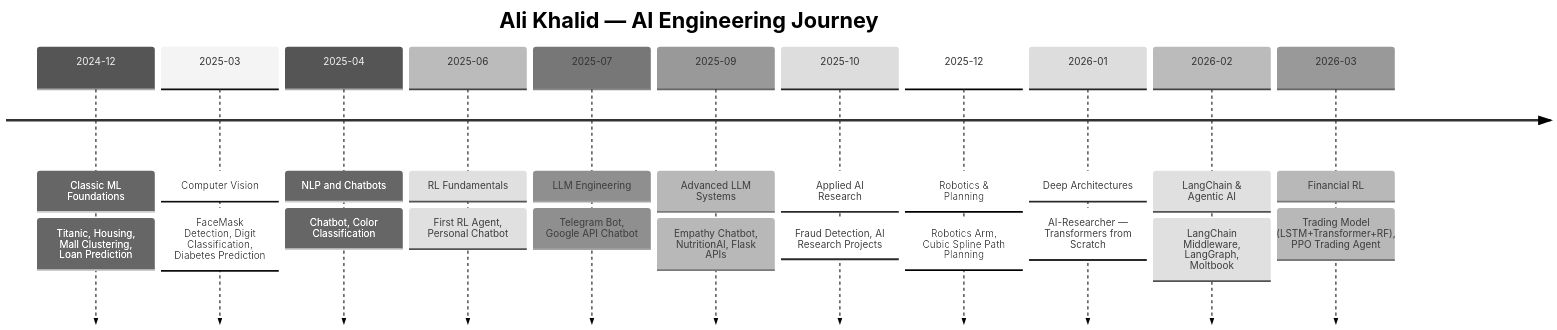
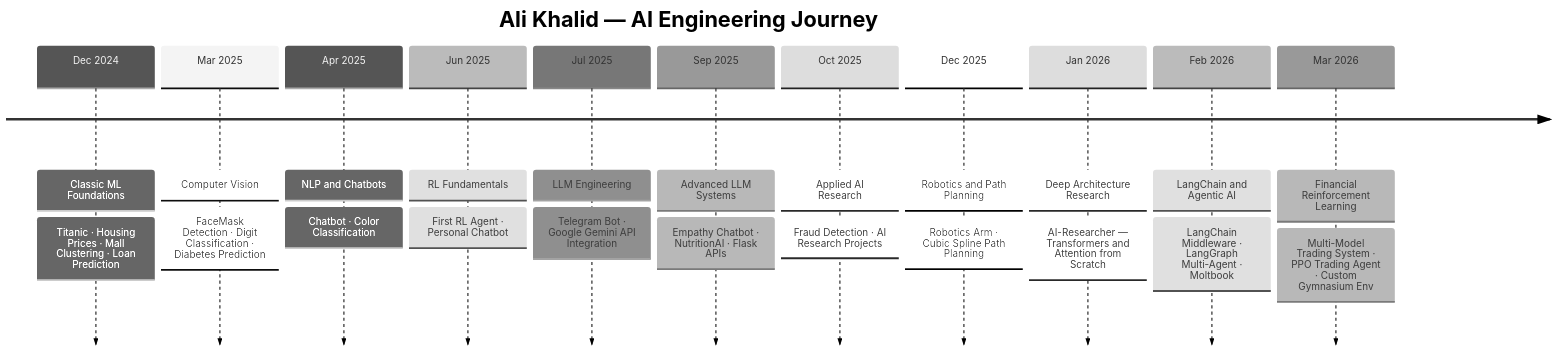
One commit to Alouakhalid/Alouakhalid changed the third of 3 diagrams in README.md. Above: the diagram before and after it, drawn with Mermaid (neutral theme). The commit also changed other lines of this file, not shown here.

````diff
--- a/README.md
+++ b/README.md
@@ -443,26 +466,26 @@
 ```mermaid
 timeline
     title Ali Khalid — AI Engineering Journey
-    2024-12 : Classic ML Foundations
-            : Titanic, Housing, Mall Clustering, Loan Prediction
-    2025-03 : Computer Vision
-            : FaceMask Detection, Digit Classification, Diabetes Prediction
-    2025-04 : NLP and Chatbots
-            : Chatbot, Color Classification
-    2025-06 : RL Fundamentals
-            : First RL Agent, Personal Chatbot
-    2025-07 : LLM Engineering
-            : Telegram Bot, Google API Chatbot
-    2025-09 : Advanced LLM Systems
-            : Empathy Chatbot, NutritionAI, Flask APIs
-    2025-10 : Applied AI Research
-            : Fraud Detection, AI Research Projects
-    2025-12 : Robotics & Planning
-            : Robotics Arm, Cubic Spline Path Planning
-    2026-01 : Deep Architectures
-            : AI-Researcher — Transformers from Scratch
-    2026-02 : LangChain & Agentic AI
-            : LangChain Middleware, LangGraph, Moltbook
-    2026-03 : Financial RL
-            : Trading Model (LSTM+Transformer+RF), PPO Trading Agent
+    Dec 2024 : Classic ML Foundations
+             : Titanic · Housing Prices · Mall Clustering · Loan Prediction
+    Mar 2025 : Computer Vision
+             : FaceMask Detection · Digit Classification · Diabetes Prediction
+    Apr 2025 : NLP and Chatbots
+             : Chatbot · Color Classification
+    Jun 2025 : RL Fundamentals
+             : First RL Agent · Personal Chatbot
+    Jul 2025 : LLM Engineering
+             : Telegram Bot · Google Gemini API Integration
+    Sep 2025 : Advanced LLM Systems
+             : Empathy Chatbot · NutritionAI · Flask APIs
+    Oct 2025 : Applied AI Research
+             : Fraud Detection · AI Research Projects
+    Dec 2025 : Robotics and Path Planning
+             : Robotics Arm · Cubic Spline Path Planning
+    Jan 2026 : Deep Architecture Research
+             : AI-Researcher — Transformers and Attention from Scratch
+    Feb 2026 : LangChain and Agentic AI
+             : LangChain Middleware · LangGraph Multi-Agent · Moltbook
+    Mar 2026 : Financial Reinforcement Learning
+             : Multi-Model Trading System · PPO Trading Agent · Custom Gymnasium Env
 ```
````
